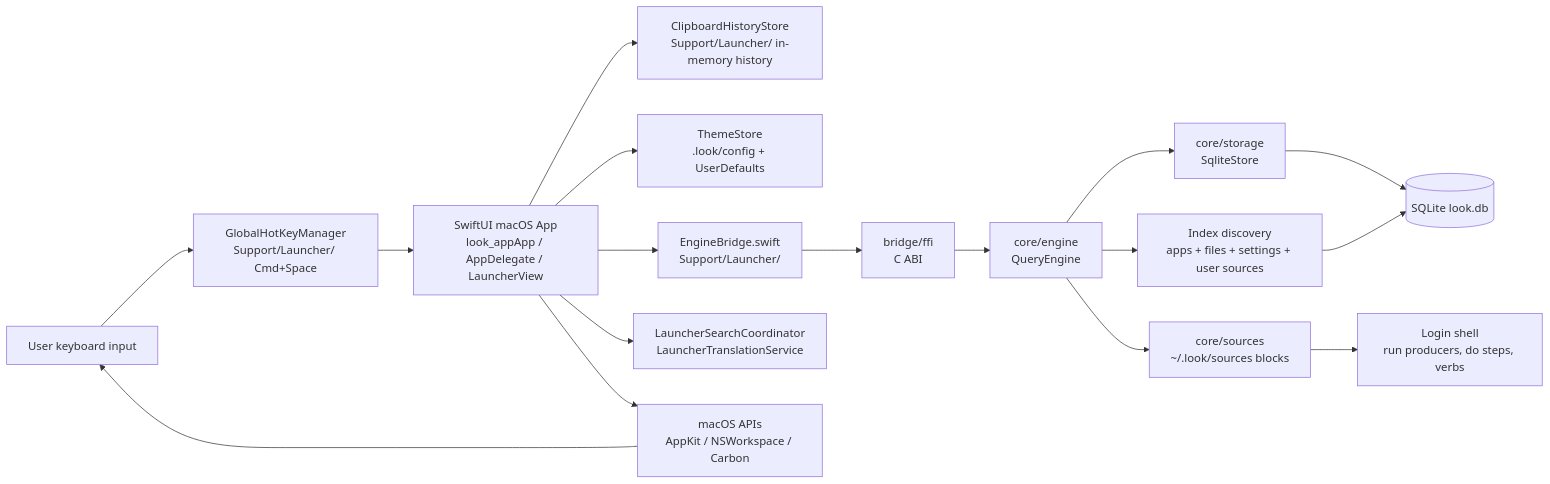
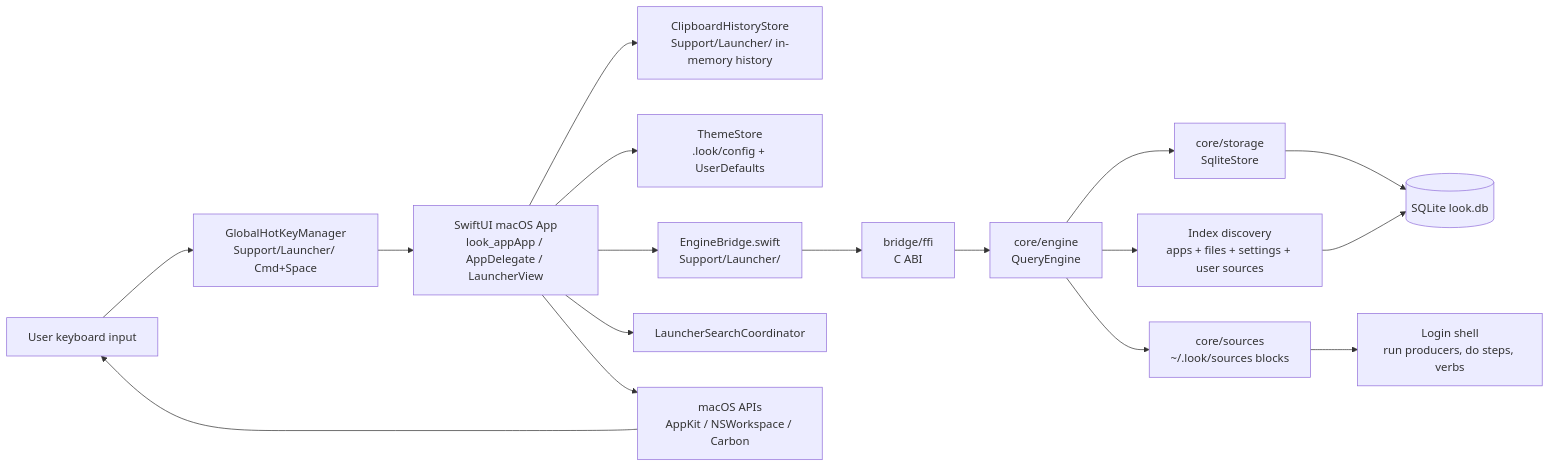
One commit to kunkka19xx/look changed the first of 9 diagrams in docs/architecture.md. Above: the diagram before and after it, drawn with Mermaid. The commit also changed other lines of this file and 15 other files, not shown here.

````diff
--- a/docs/architecture.md
+++ b/docs/architecture.md
@@ -24,24 +24,24 @@
 ```mermaid
 flowchart LR
     User[User keyboard input] --> Hotkey[GlobalHotKeyManager\nSupport/Launcher/ Cmd+Space]
     Hotkey --> App[SwiftUI macOS App\nlook_appApp / AppDelegate / LauncherView]
 
     App --> Clipboard[ClipboardHistoryStore\nSupport/Launcher/ in-memory history]
     App --> Theme[ThemeStore\n.look/config + UserDefaults]
     App --> Bridge[EngineBridge.swift\nSupport/Launcher/]
-    App --> Services[LauncherSearchCoordinator\nLauncherTranslationService]
+    App --> Services[LauncherSearchCoordinator]
 
     Bridge --> FFI[bridge/ffi\nC ABI]
     FFI --> Engine[core/engine\nQueryEngine]
     Engine --> Storage[core/storage\nSqliteStore]
     Storage --> DB[(SQLite look.db)]
 
     Engine --> Indexers[Index discovery\napps + files + settings + user sources]
     Indexers --> DB
 
     Engine --> Sources[core/sources\n~/.look/sources blocks]
     Sources --> Shell[Login shell\nrun producers, do steps, verbs]
 
     App --> OS[macOS APIs\nAppKit / NSWorkspace / Carbon]
     OS --> User
 ```
````
